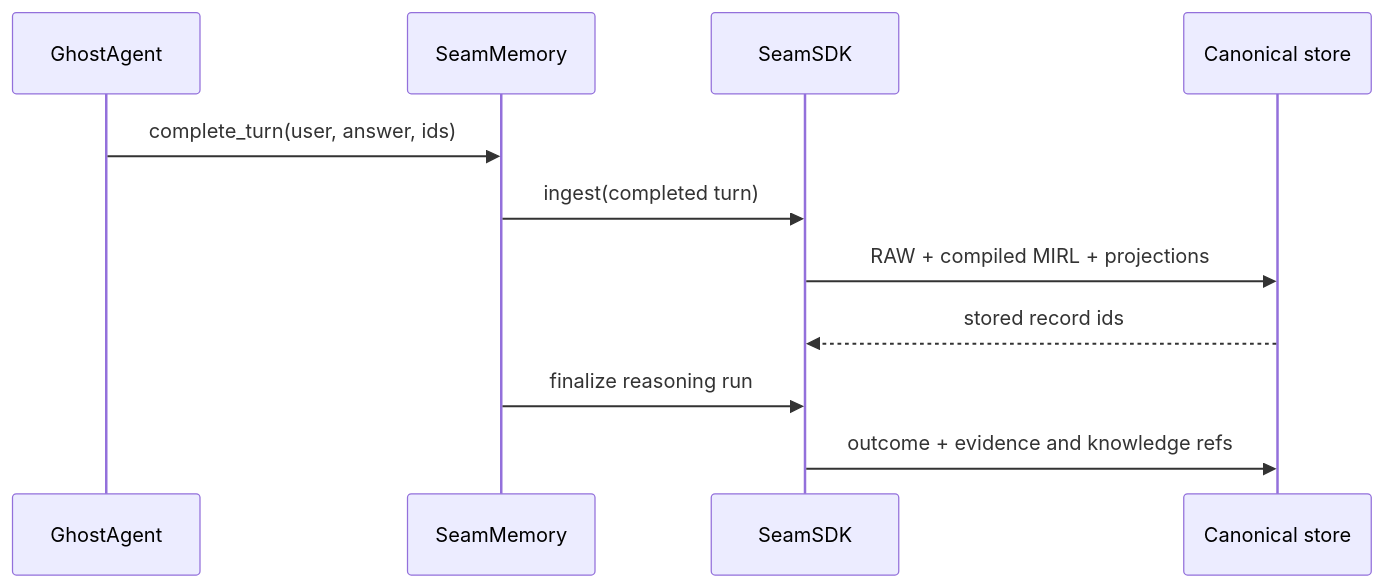
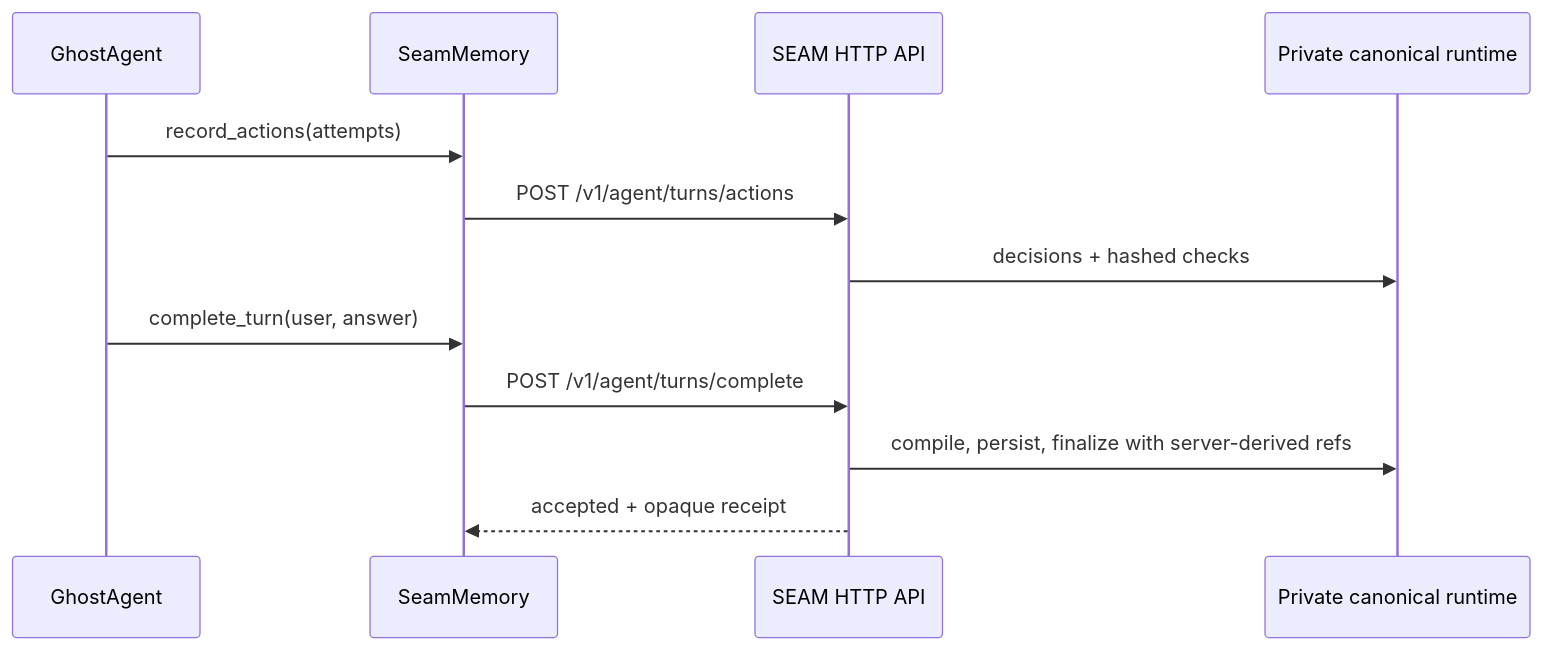
One commit to Canticle-AI-Research/Ghost changed the third of 3 diagrams in docs/architecture/SYSTEM_MAP.md. Above: the diagram before and after it, drawn with Mermaid. The commit also changed other lines of this file and 50 other files, not shown here.

Commit message:
feat: use opaque public SEAM transport

````diff
--- a/docs/architecture/SYSTEM_MAP.md
+++ b/docs/architecture/SYSTEM_MAP.md
@@ -69,14 +72,15 @@
 ```mermaid
 sequenceDiagram
     participant G as GhostAgent
     participant S as SeamMemory
-    participant SDK as SeamSDK
-    participant DB as Canonical store
+    participant API as SEAM HTTP API
+    participant DB as Private canonical runtime
 
-    G->>S: complete_turn(user, answer, ids)
-    S->>SDK: ingest(completed turn)
-    SDK->>DB: RAW + compiled MIRL + projections
-    DB-->>SDK: stored record ids
-    S->>SDK: finalize reasoning run
-    SDK->>DB: outcome + evidence and knowledge refs
+    G->>S: record_actions(attempts)
+    S->>API: POST /v1/agent/turns/actions
+    API->>DB: decisions + hashed checks
+    G->>S: complete_turn(user, answer)
+    S->>API: POST /v1/agent/turns/complete
+    API->>DB: compile, persist, finalize with server-derived refs
+    API-->>S: accepted + opaque receipt
 ```
````
